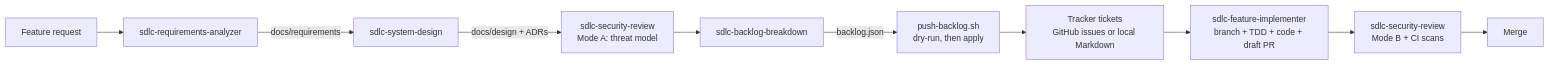
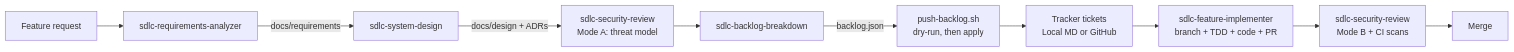
The diagram in README.md (rishikesh-net/sdlc-orchestrai), drawn with Mermaid before and after one commit. The commit also changed other lines of this file and 1 other file, not shown here.

````diff
--- a/README.md
+++ b/README.md
@@ -42,12 +15,12 @@
 ```mermaid
 flowchart LR
   A[Feature request] --> B[sdlc-requirements-analyzer]
   B -->|docs/requirements| C[sdlc-system-design]
   C -->|docs/design + ADRs| D[sdlc-security-review<br/>Mode A: threat model]
   D --> E[sdlc-backlog-breakdown]
   E -->|backlog.json| F[push-backlog.sh<br/>dry-run, then apply]
-  F --> G[Tracker tickets<br/>GitHub issues or local Markdown]
-  G --> H[sdlc-feature-implementer<br/>branch + TDD + code + draft PR]
+  F --> G[Tracker tickets<br/>Local MD or GitHub]
+  G --> H[sdlc-feature-implementer<br/>branch + TDD + code + PR]
   H --> I[sdlc-security-review<br/>Mode B + CI scans]
   I --> J[Merge]
 ```
````
